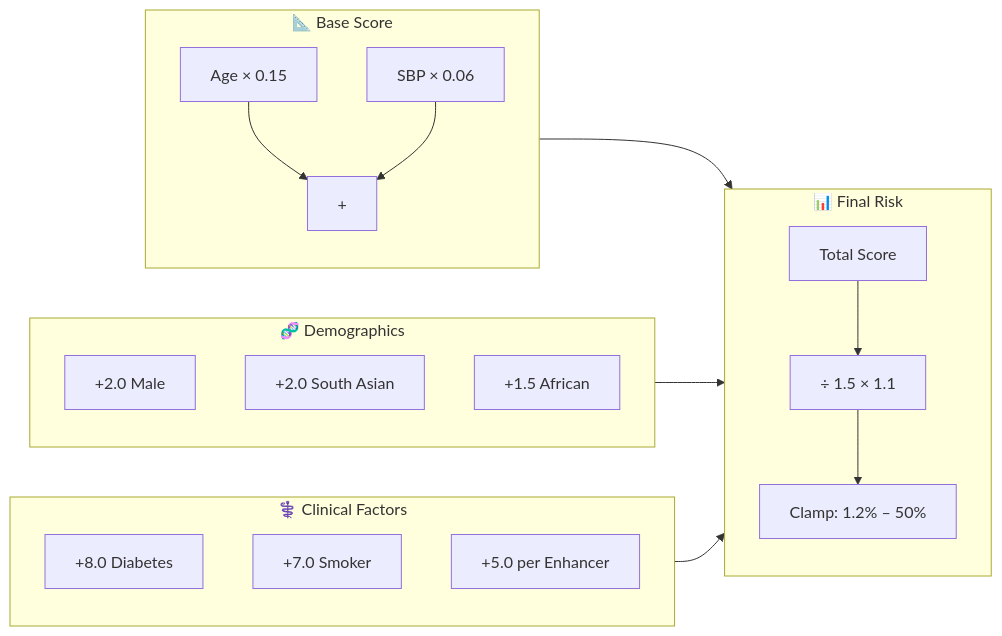
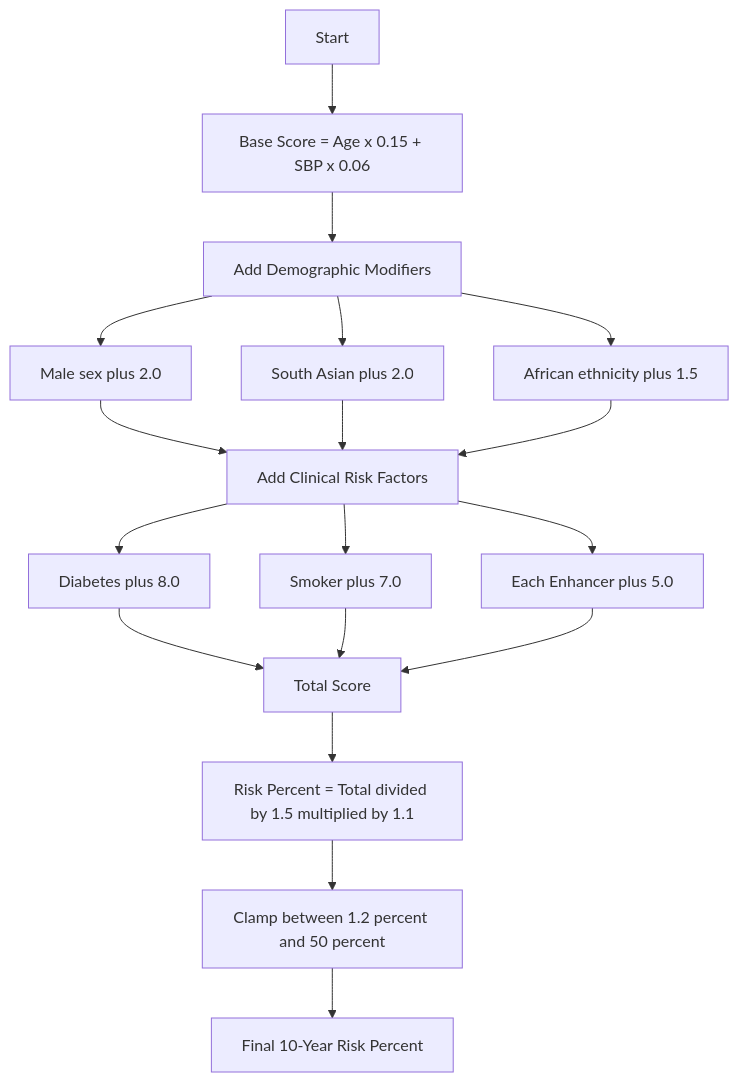
The second of 6 diagrams in README.md (saikeerthana999/CalciTrack), drawn with Mermaid before and after one commit. The commit also changed other lines of this file and 1 other file, not shown here.

````diff
--- a/README.md
+++ b/README.md
@@ -81,32 +73,20 @@
 ```mermaid
-flowchart LR
-    subgraph BASE["📐 Base Score"]
-        A1["Age × 0.15"]
-        A2["SBP × 0.06"]
-        A1 --> A3["+"]
-        A2 --> A3
-    end
-
-    subgraph DEMO["🧬 Demographics"]
-        B1["+2.0 Male"]
-        B2["+2.0 South Asian"]
-        B3["+1.5 African"]
-    end
-
-    subgraph CLINICAL["⚕️ Clinical Factors"]
-        C1["+8.0 Diabetes"]
-        C2["+7.0 Smoker"]
-        C3["+5.0 per Enhancer"]
-    end
-
-    subgraph FINAL["📊 Final Risk"]
-        D1["Total Score"]
-        D2["÷ 1.5 × 1.1"]
-        D3["Clamp: 1.2% – 50%"]
-        D1 --> D2 --> D3
-    end
-
-    BASE --> FINAL
-    DEMO --> FINAL
-    CLINICAL --> FINAL
+graph TD
+    A[Start] --> B[Base Score = Age x 0.15 + SBP x 0.06]
+    B --> C[Add Demographic Modifiers]
+    C --> C1[Male sex plus 2.0]
+    C --> C2[South Asian plus 2.0]
+    C --> C3[African ethnicity plus 1.5]
+    C1 --> D[Add Clinical Risk Factors]
+    C2 --> D
+    C3 --> D
+    D --> D1[Diabetes plus 8.0]
+    D --> D2[Smoker plus 7.0]
+    D --> D3[Each Enhancer plus 5.0]
+    D1 --> E[Total Score]
+    D2 --> E
+    D3 --> E
+    E --> F[Risk Percent = Total divided by 1.5 multiplied by 1.1]
+    F --> G[Clamp between 1.2 percent and 50 percent]
+    G --> H[Final 10-Year Risk Percent]
 ```
````
